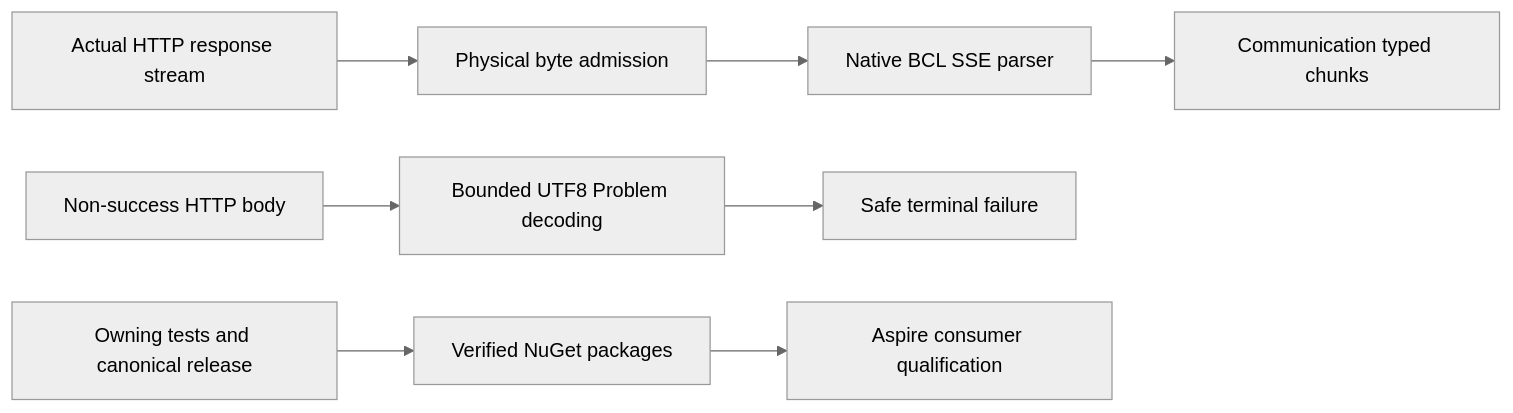
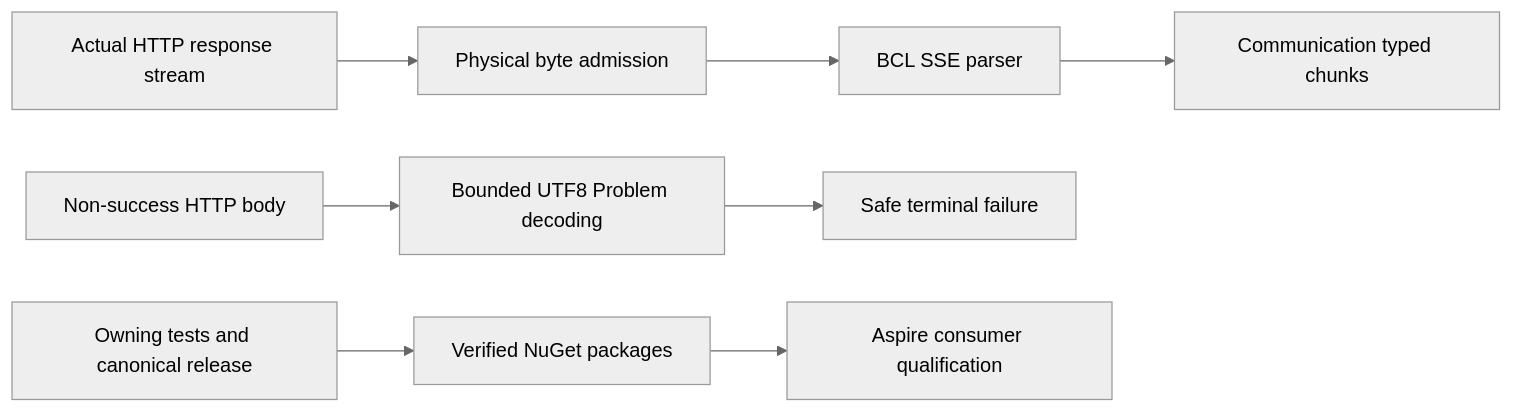
The diagram in docs/Features/ClientApi/CqrsTransportBounds.md (managedcode/KeyLoad), drawn with Mermaid (neutral theme) before and after one commit. The commit also changed other lines of this file and 9016 other files, not shown here.

````diff
--- a/docs/Features/ClientApi/CqrsTransportBounds.md
+++ b/docs/Features/ClientApi/CqrsTransportBounds.md
@@ -7,10 +7,10 @@
 ```mermaid
 flowchart LR
     HTTP[Actual HTTP response stream] --> Guard[Physical byte admission]
-    Guard --> BCL[Native BCL SSE parser]
+    Guard --> BCL[BCL SSE parser]
     BCL --> CQRS[Communication typed chunks]
     Error[Non-success HTTP body] --> Bounded[Bounded UTF8 Problem decoding]
     Bounded --> Failure[Safe terminal failure]
     Repair[Owning tests and canonical release] --> Feed[Verified NuGet packages]
     Feed --> KeyLoad[Aspire consumer qualification]
 ```
````
